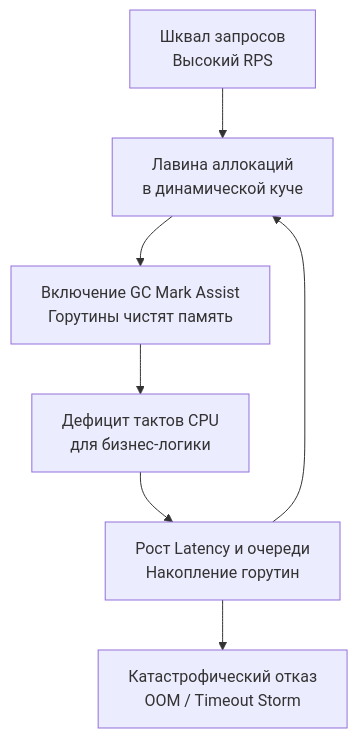
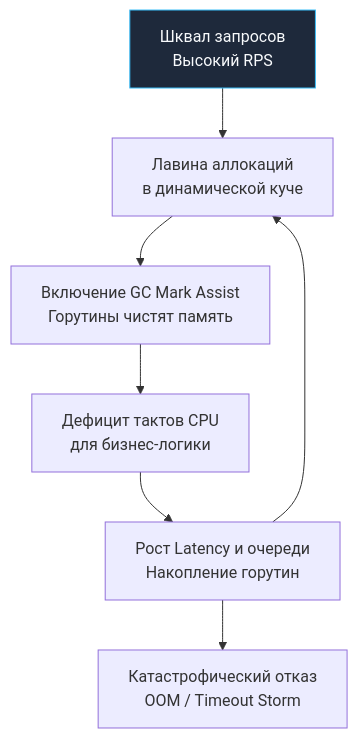
The diagram in sources/15. Тестирование в Go (QA & Testing)/09. Производительность/5. Stress testing.md (UnrealTemplier/go-textbook), drawn with Mermaid before and after one commit. The commit also changed 1666 other files, not shown here.

First line of the commit message:
feat(mermaid): add semantic color classDef to 1369 colorless flowchart/graph diagrams

````diff
--- a/sources/15. Тестирование в Go (QA & Testing)/09. Производительность/5. Stress testing.md
+++ b/sources/15. Тестирование в Go (QA & Testing)/09. Производительность/5. Stress testing.md
@@ -48,9 +48,19 @@
 ```mermaid
 flowchart TD
-    A["Шквал запросов<br>Высокий RPS"] --> B["Лавина аллокаций<br>в динамической куче"]
+    classDef process  fill:#1e293b,stroke:#38bdf8,stroke-width:1px,color:#f8fafc
+    classDef success  fill:#064e3b,stroke:#34d399,stroke-width:1px,color:#f8fafc
+    classDef error    fill:#7f1d1d,stroke:#f87171,stroke-width:1px,color:#f8fafc
+    classDef warning  fill:#78350f,stroke:#fbbf24,stroke-width:1px,color:#f8fafc
+    classDef entry    fill:#1e3a5f,stroke:#38bdf8,stroke-width:2px,color:#f8fafc
+    classDef aux      fill:#334155,stroke:#64748b,stroke-width:1px,color:#f8fafc
+    classDef system   fill:#312e81,stroke:#a78bfa,stroke-width:1px,color:#f8fafc
+    classDef data     fill:#132d29,stroke:#2dd4bf,stroke-width:1px,color:#f8fafc
+    classDef network  fill:#881337,stroke:#fb7185,stroke-width:1px,color:#f8fafc
+    classDef accent   fill:#1e1b4b,stroke:#818cf8,stroke-width:1px,color:#f8fafc
+    A["Шквал запросов<br>Высокий RPS"]:::process --> B["Лавина аллокаций<br>в динамической куче"]
     B --> C["Включение GC Mark Assist<br>Горутины чистят память"]
     C --> D["Дефицит тактов CPU<br>для бизнес-логики"]
     D --> E["Рост Latency и очереди<br>Накопление горутин"]
     E --> B
     E --> F["Катастрофический отказ<br>OOM / Timeout Storm"]
 ```
````
